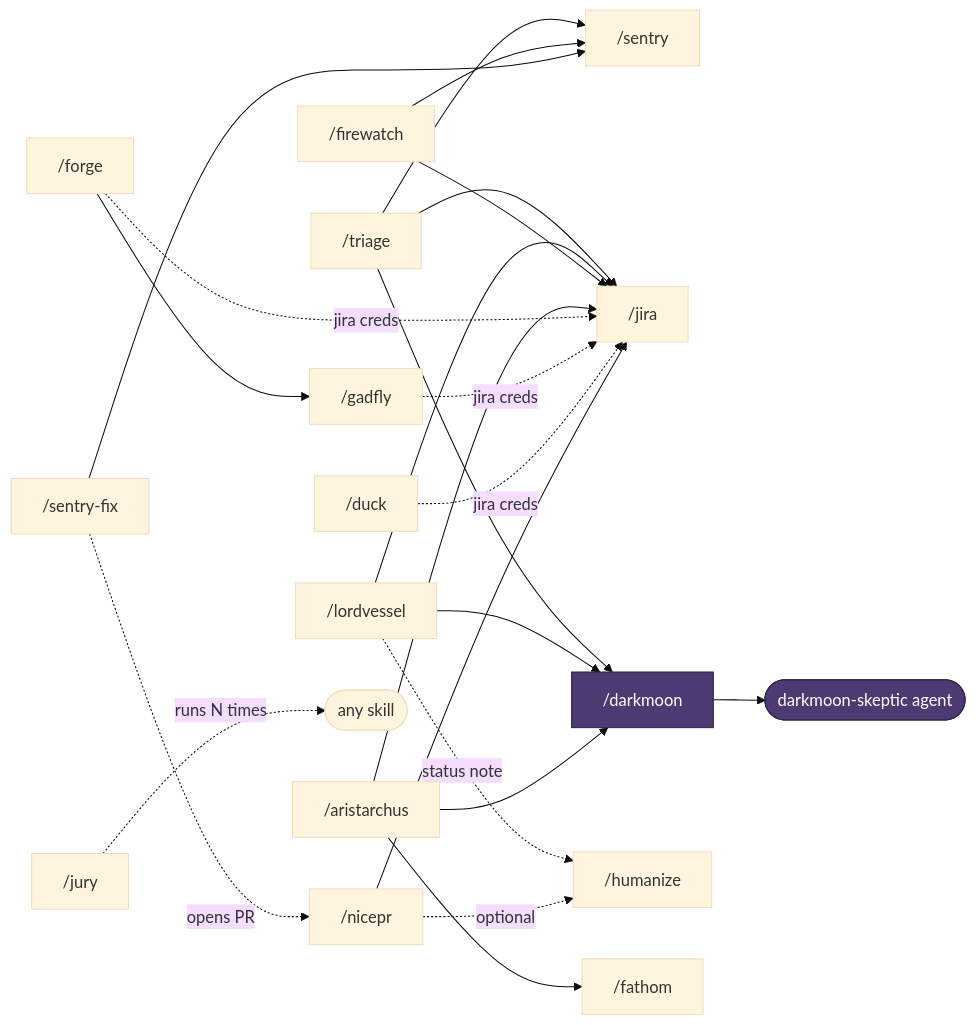
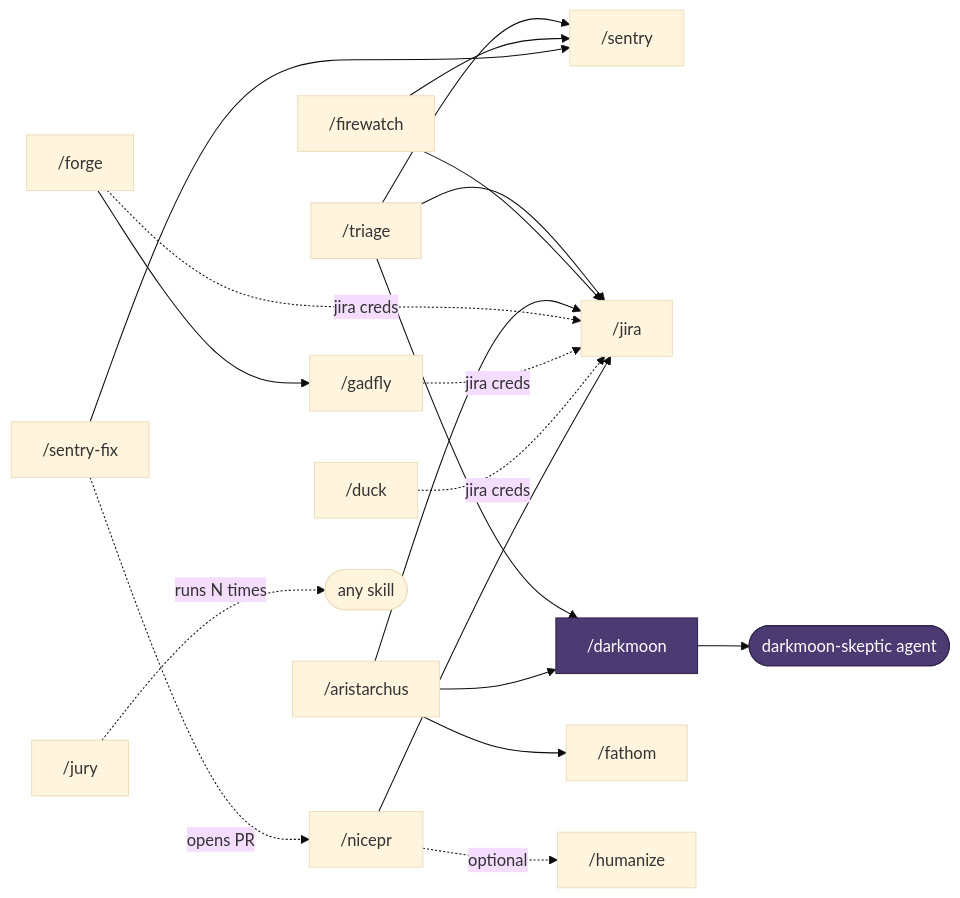
The diagram in README.md (sgtlaugh/skills), drawn with Mermaid (base theme) before and after one commit. The commit also changed other lines of this file and 5 other files, not shown here.

````diff
--- a/README.md
+++ b/README.md
@@ -101,27 +99,24 @@
 ```mermaid
 flowchart LR
     triage["/triage"] --> sentry["/sentry"]
     triage --> jira["/jira"]
     triage --> darkmoon["/darkmoon"]
-    lordvessel["/lordvessel"] --> jira
-    lordvessel --> darkmoon
-    lordvessel -. status note .-> humanize
     firewatch["/firewatch"] --> sentry
     sentryfix["/sentry-fix"] --> sentry
     sentryfix -. opens PR .-> nicepr
     firewatch --> jira
     aristarchus["/aristarchus"] --> darkmoon
     aristarchus --> fathom["/fathom"]
     aristarchus --> jira
     forge["/forge"] --> gadfly["/gadfly"]
     forge -. jira creds .-> jira
     gadfly -. jira creds .-> jira
     duck["/duck"] -. jira creds .-> jira
     nicepr["/nicepr"] --> jira
     nicepr -. optional .-> humanize["/humanize"]
     jury["/jury"] -. runs N times .-> anyskill([any skill])
     darkmoon --> skeptic([darkmoon-skeptic agent])
 
     classDef verifier fill:#4c3a72,stroke:#2e2347,color:#fff
     class darkmoon,skeptic verifier
 ```
````
